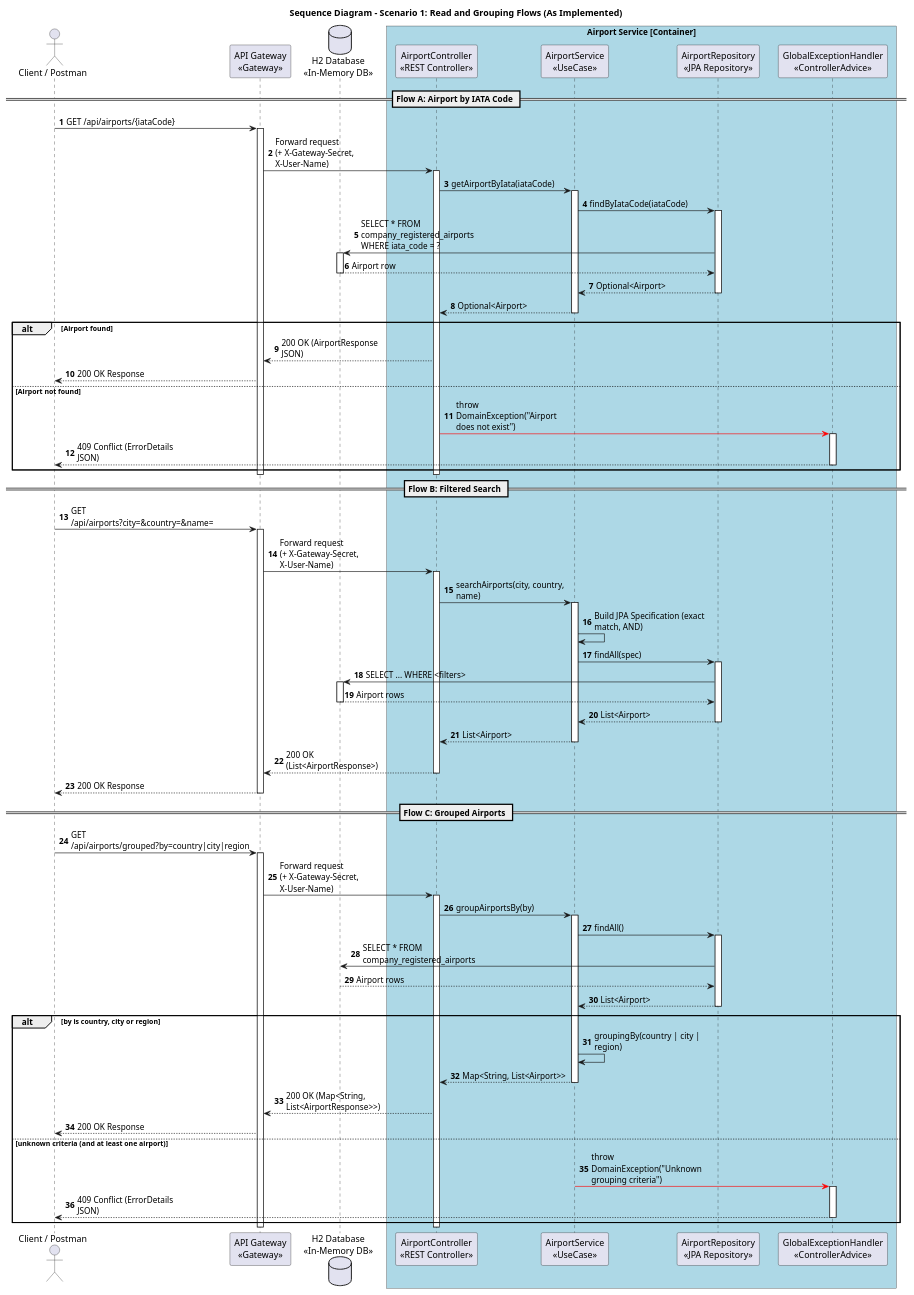
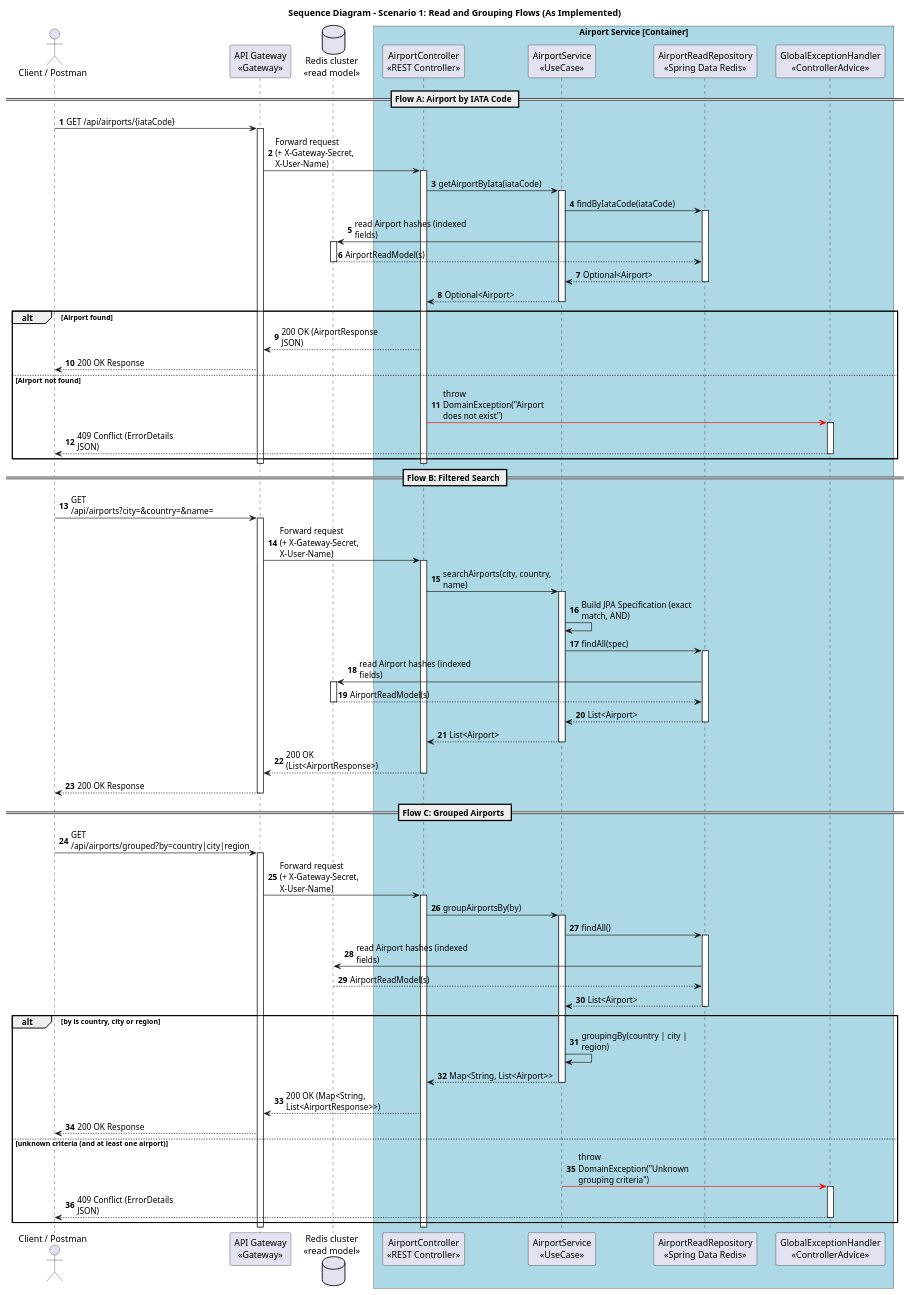
Before and after one commit to 8126Lucas/SIDIS_G6_3DA: the diagram in airport-service/docs/sequence-diagrams/scenario-1-query-airports.puml, drawn with PlantUML. The commit also changed 44 other files, not shown here.

First line of the commit message:
Update CQRS architecture documentation

```diff
--- a/airport-service/docs/sequence-diagrams/scenario-1-query-airports.puml
+++ b/airport-service/docs/sequence-diagrams/scenario-1-query-airports.puml
@@ -1,116 +1,116 @@
 @startuml
 skinparam responseMessageBelowArrow true
 skinparam maxMessageSize 180
 skinparam boxPadding 10
 skinparam participantPadding 10
 skinparam shadowing false
 
 title Sequence Diagram - Scenario 1: Read and Grouping Flows (As Implemented)
 
 autonumber
 
 actor "Client / Postman" as client
 participant "API Gateway\n<<Gateway>>" as gateway
 participant "AirportController\n<<REST Controller>>" as controller
 participant "AirportService\n<<UseCase>>" as airport_uc
-participant "AirportRepository\n<<JPA Repository>>" as repo
-database "H2 Database\n<<In-Memory DB>>" as db
+participant "AirportReadRepository\n<<Spring Data Redis>>" as repo
+database "Redis cluster\n<<read model>>" as db
 participant "GlobalExceptionHandler\n<<ControllerAdvice>>" as exception_handler
 
 box "Airport Service [Container]" #LightBlue
     participant controller
     participant airport_uc
     participant repo
     participant exception_handler
 end box
 
 == Flow A: Airport by IATA Code ==
 
 client -> gateway : GET /api/airports/{iataCode}
 activate gateway
 gateway -> controller : Forward request\n(+ X-Gateway-Secret, X-User-Name)
 activate controller
 
 controller -> airport_uc : getAirportByIata(iataCode)
 activate airport_uc
 airport_uc -> repo : findByIataCode(iataCode)
 activate repo
-repo -> db : SELECT * FROM company_registered_airports WHERE iata_code = ?
+repo -> db : read Airport hashes (indexed fields)
 activate db
-db --> repo : Airport row
+db --> repo : AirportReadModel(s)
 deactivate db
 repo --> airport_uc : Optional<Airport>
 deactivate repo
 airport_uc --> controller : Optional<Airport>
 deactivate airport_uc
 
 alt Airport found
     controller --> gateway : 200 OK (AirportResponse JSON)
     gateway --> client : 200 OK Response
 else Airport not found
     controller -[#red]> exception_handler : throw DomainException("Airport does not exist")
     activate exception_handler
     exception_handler --> client : 409 Conflict (ErrorDetails JSON)
     deactivate exception_handler
 end
 deactivate controller
 deactivate gateway
 
 == Flow B: Filtered Search ==
 
 client -> gateway : GET /api/airports?city=&country=&name=
 activate gateway
 gateway -> controller : Forward request\n(+ X-Gateway-Secret, X-User-Name)
 activate controller
 
 controller -> airport_uc : searchAirports(city, country, name)
 activate airport_uc
 airport_uc -> airport_uc : Build JPA Specification (exact match, AND)
 airport_uc -> repo : findAll(spec)
 activate repo
-repo -> db : SELECT ... WHERE <filters>
+repo -> db : read Airport hashes (indexed fields)
 activate db
-db --> repo : Airport rows
+db --> repo : AirportReadModel(s)
 deactivate db
 repo --> airport_uc : List<Airport>
 deactivate repo
 airport_uc --> controller : List<Airport>
 deactivate airport_uc
 
 controller --> gateway : 200 OK (List<AirportResponse>)
 deactivate controller
 gateway --> client : 200 OK Response
 deactivate gateway
 
 == Flow C: Grouped Airports ==
 
 client -> gateway : GET /api/airports/grouped?by=country|city|region
 activate gateway
 gateway -> controller : Forward request\n(+ X-Gateway-Secret, X-User-Name)
 activate controller
 
 controller -> airport_uc : groupAirportsBy(by)
 activate airport_uc
 airport_uc -> repo : findAll()
 activate repo
-repo -> db : SELECT * FROM company_registered_airports
-db --> repo : Airport rows
+repo -> db : read Airport hashes (indexed fields)
+db --> repo : AirportReadModel(s)
 repo --> airport_uc : List<Airport>
 deactivate repo
 
 alt by is country, city or region
     airport_uc -> airport_uc : groupingBy(country | city | region)
     airport_uc --> controller : Map<String, List<Airport>>
     deactivate airport_uc
     controller --> gateway : 200 OK (Map<String, List<AirportResponse>>)
     gateway --> client : 200 OK Response
 else unknown criteria (and at least one airport)
     airport_uc -[#red]> exception_handler : throw DomainException("Unknown grouping criteria")
     activate exception_handler
     exception_handler --> client : 409 Conflict (ErrorDetails JSON)
     deactivate exception_handler
 end
 deactivate controller
 deactivate gateway
 
 @enduml
```
